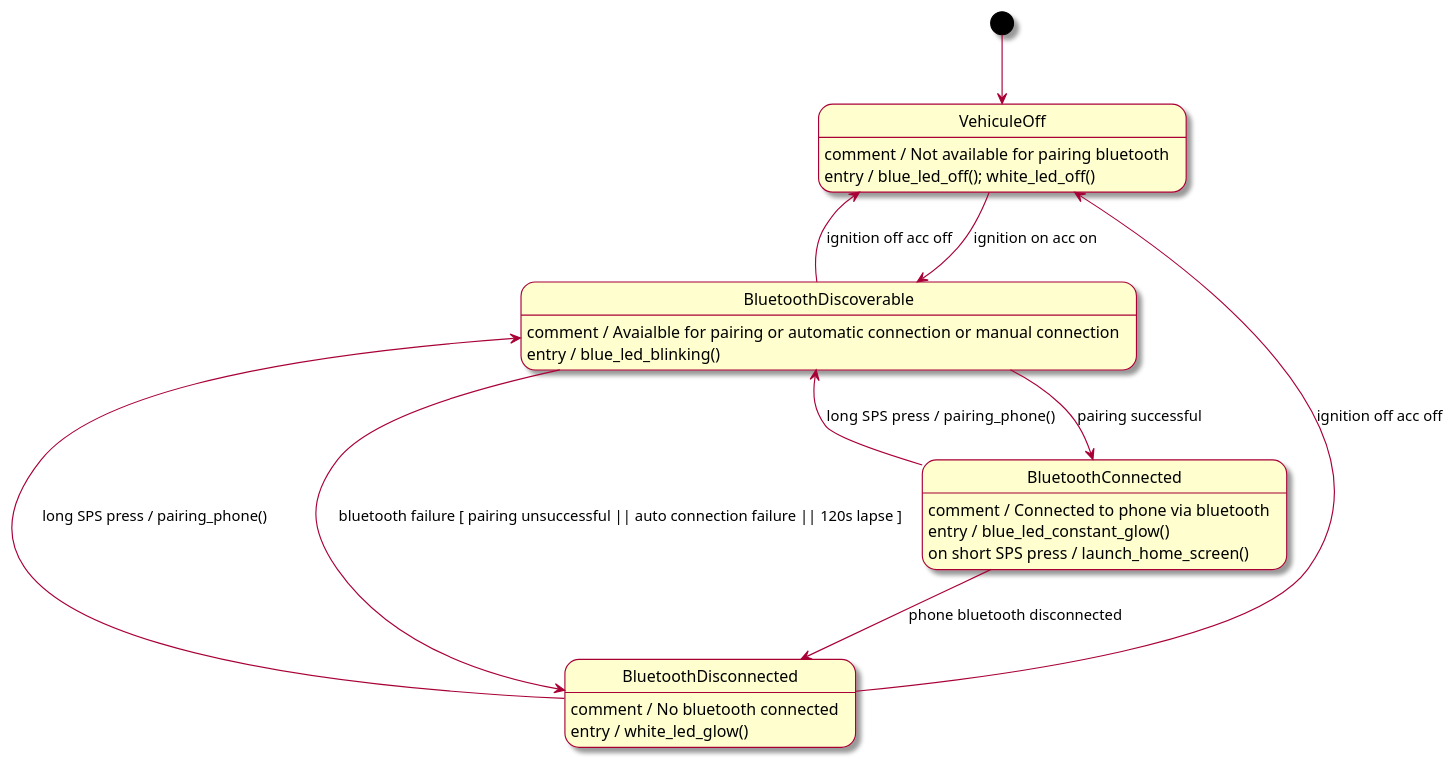
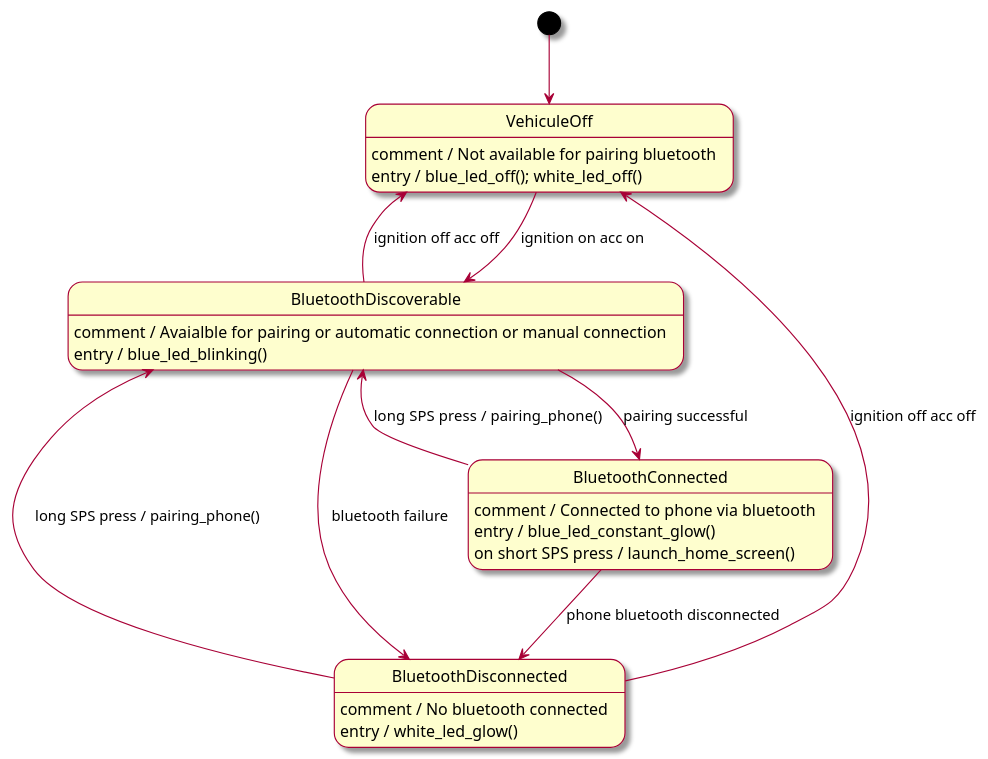
One commit to Lecrapouille/PlantUMLStatecharts changed the diagram in examples/input/Silver.plantuml. Above: the diagram before and after it, drawn with PlantUML. The commit also changed 2 other files, not shown here.

```diff
--- a/examples/input/Silver.plantuml
+++ b/examples/input/Silver.plantuml
@@ -1,28 +1,29 @@
 @startuml
 skin rose
 
 [*] --> VehiculeOff
 
 VehiculeOff --> BluetoothDiscoverable : ignition on acc on
 VehiculeOff <-- BluetoothDiscoverable : ignition off acc off
 VehiculeOff <-- BluetoothDisconnected : ignition off acc off
 
 BluetoothDiscoverable --> BluetoothConnected : pairing successful
 BluetoothDiscoverable <-- BluetoothConnected : long SPS press /  pairing_phone()
-BluetoothDiscoverable --> BluetoothDisconnected : bluetooth failure [ pairing unsuccessful || auto connection failure || 120s lapse ]
+' BluetoothDiscoverable --> BluetoothDisconnected : bluetooth failure [ pairing unsuccessful || auto connection failure || 120s lapse ]
+BluetoothDiscoverable --> BluetoothDisconnected : bluetooth failure
 BluetoothDiscoverable <-- BluetoothDisconnected : long SPS press / pairing_phone()
 
 BluetoothConnected --> BluetoothDisconnected : phone bluetooth disconnected
 
 
 VehiculeOff : comment / Not available for pairing bluetooth
 VehiculeOff : entry / blue_led_off(); white_led_off()
 BluetoothDiscoverable : comment / Avaialble for pairing or automatic connection or manual connection
 BluetoothDiscoverable : entry / blue_led_blinking()
 BluetoothConnected : comment / Connected to phone via bluetooth
 BluetoothConnected : entry / blue_led_constant_glow()
 BluetoothConnected : on short SPS press / launch_home_screen()
 BluetoothDisconnected : comment / No bluetooth connected
 BluetoothDisconnected : entry / white_led_glow()
 
 @enduml
```
